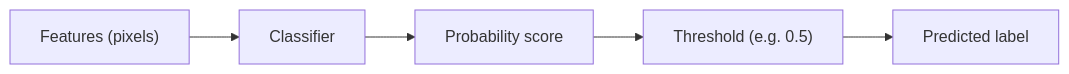
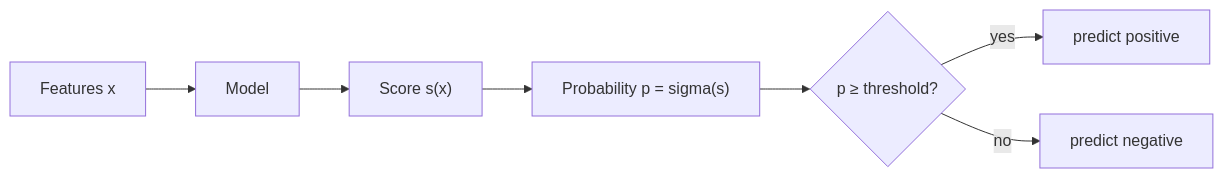
The diagram in src/content/docs/Machine Learning/Phase 04 - Supervised Learning - Classification/Introduction to Classification.mdx (Ravikisha/PythonCentralHub), drawn with Mermaid before and after one commit. The commit also changed other lines of this file and 1327 other files, not shown here.

````diff
--- a/src/content/docs/Machine Learning/Phase 04 - Supervised Learning - Classification/Introduction to Classification.mdx
+++ b/src/content/docs/Machine Learning/Phase 04 - Supervised Learning - Classification/Introduction to Classification.mdx
@@ -33,7 +35,9 @@
 ```mermaid
 flowchart LR
-  X["Features (pixels)"] --> M["Classifier"]
-  M --> P["Probability score"]
-  P --> T["Threshold (e.g. 0.5)"]
-  T --> Y["Predicted label"]
+  X["Features x"] --> M["Model"]
+  M --> S["Score  s(x)"]
+  S --> P["Probability  p = sigma(s)"]
+  P --> T{"p &ge; threshold?"}
+  T -->|yes| POS["predict positive"]
+  T -->|no| NEG["predict negative"]
 ```
````
